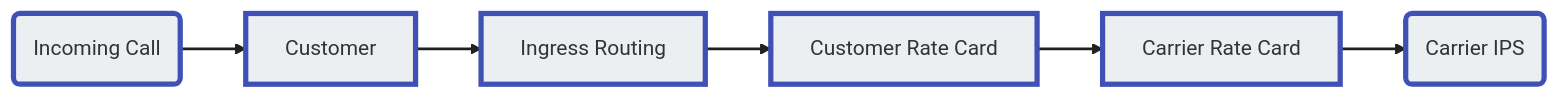
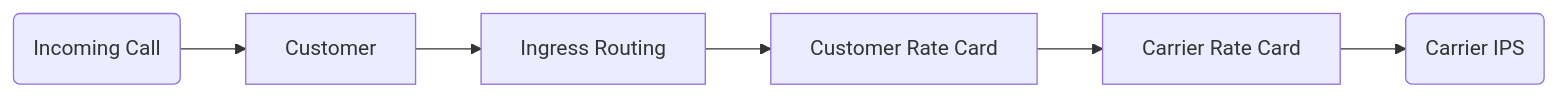
One commit to connexcs/docs changed the diagram in docs/routing.md. Above: the diagram before and after it, drawn with Mermaid.

````diff
--- a/docs/routing.md
+++ b/docs/routing.md
@@ -4,19 +4,8 @@
 ```mermaid
 graph LR
 A(Incoming Call) --> B[Customer]
-style A fill:#ECEFF1,stroke:#4051b5,stroke-width:4px
 B --> C[Ingress Routing]
-style B fill:#ECEFF1,stroke:#4051b5,stroke-width:4px
 C --> D[Customer Rate Card]
-style C fill:#ECEFF1,stroke:#4051b5,stroke-width:4px
 D --> E[Carrier Rate Card]
-style D fill:#ECEFF1,stroke:#4051b5,stroke-width:4px
 E --> F(Carrier IPS)
-style E fill:#ECEFF1,stroke:#4051b5,stroke-width:4px
-style F fill:#ECEFF1,stroke:#4051b5,stroke-width:4px
-linkStyle 0 stroke:#212121,stroke-width:2px
-linkStyle 1 stroke:#212121,stroke-width:2px
-linkStyle 2 stroke:#212121,stroke-width:2px
-linkStyle 3 stroke:#212121,stroke-width:2px
-linkStyle 4 stroke:#212121,stroke-width:2px
 ```
````
